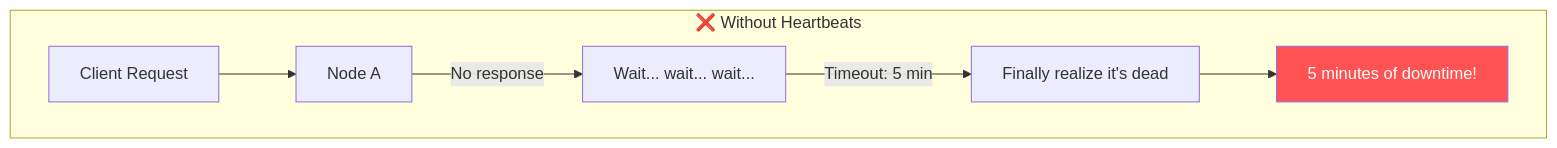
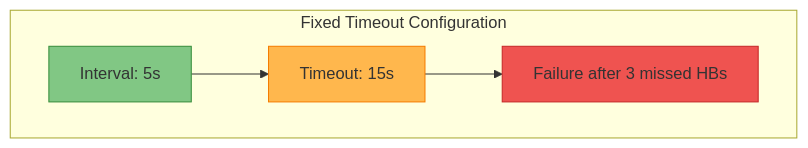
One commit to deepaucksharma/DStudio changed the fifth of 30 diagrams in docs/patterns/heartbeat.md. Above: the diagram before and after it, drawn with Mermaid. The commit also changed other lines of this file and 248 other files, not shown here.

````diff
--- a/docs/patterns/heartbeat.md
+++ b/docs/patterns/heartbeat.md
@@ -27,11 +136,11 @@
 ```mermaid
 graph TB
-    subgraph "❌ Without Heartbeats"
-        REQ[Client Request] --> NODE[Node A]
-        NODE -->|No response| WAIT[Wait... wait... wait...]
-        WAIT -->|Timeout: 5 min| DEAD[Finally realize it's dead]
-        DEAD --> FAIL[5 minutes of downtime!]
+    subgraph "Fixed Timeout Configuration"
+        I[Interval: 5s] --> T[Timeout: 15s]
+        T --> F[Failure after 3 missed HBs]
+        
+        style I fill:#81c784,stroke:#388e3c
+        style T fill:#ffb74d,stroke:#f57c00
+        style F fill:#ef5350,stroke:#c62828
     end
-    
-    style FAIL fill:#ff5252,color:#fff
 ```
````
